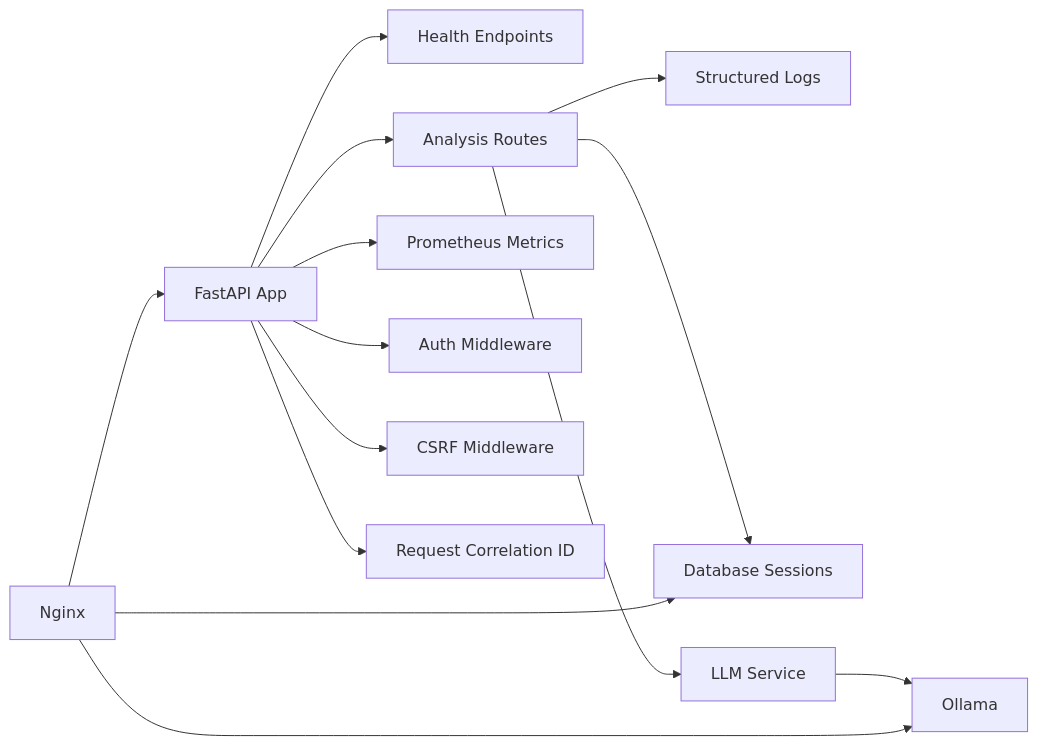
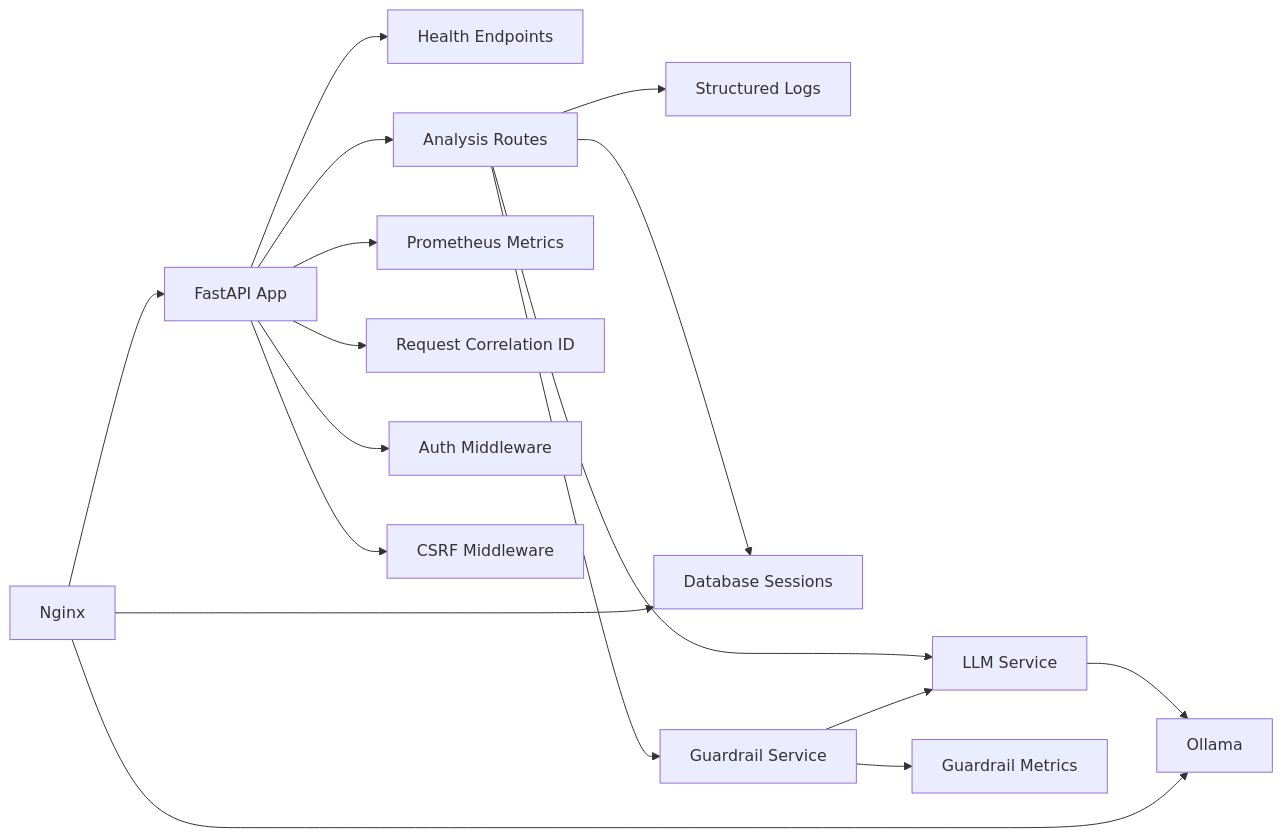
The fourth of 4 diagrams in .qoder/repowiki/en/content/Deployment & DevOps/Monitoring & Logging.md (Revanththetalogics/aireume), drawn with Mermaid before and after one commit. The commit also changed other lines of this file and 21 other files, not shown here.

````diff
--- a/.qoder/repowiki/en/content/Deployment & DevOps/Monitoring & Logging.md
+++ b/.qoder/repowiki/en/content/Deployment & DevOps/Monitoring & Logging.md
@@ -401,16 +494,19 @@
 ```mermaid
 graph LR
 API["FastAPI App"] --> HEALTH["Health Endpoints"]
 API --> ANALYZE["Analysis Routes"]
 API --> METRICS["Prometheus Metrics"]
+API --> CORR["Request Correlation ID"]
 ANALYZE --> LOG["Structured Logs"]
 ANALYZE --> DB["Database Sessions"]
 ANALYZE --> LLM["LLM Service"]
+ANALYZE --> GUARDRAIL["Guardrail Service"]
+GUARDRAIL --> GR_METRICS["Guardrail Metrics"]
+GUARDRAIL --> LLM
 LLM --> OLL["Ollama"]
 API --> AUTH["Auth Middleware"]
 API --> CSRF["CSRF Middleware"]
-API --> CORR["Request Correlation ID"]
 NGINX["Nginx"] --> API
 NGINX --> OLL
 NGINX --> DB
 ```
````
